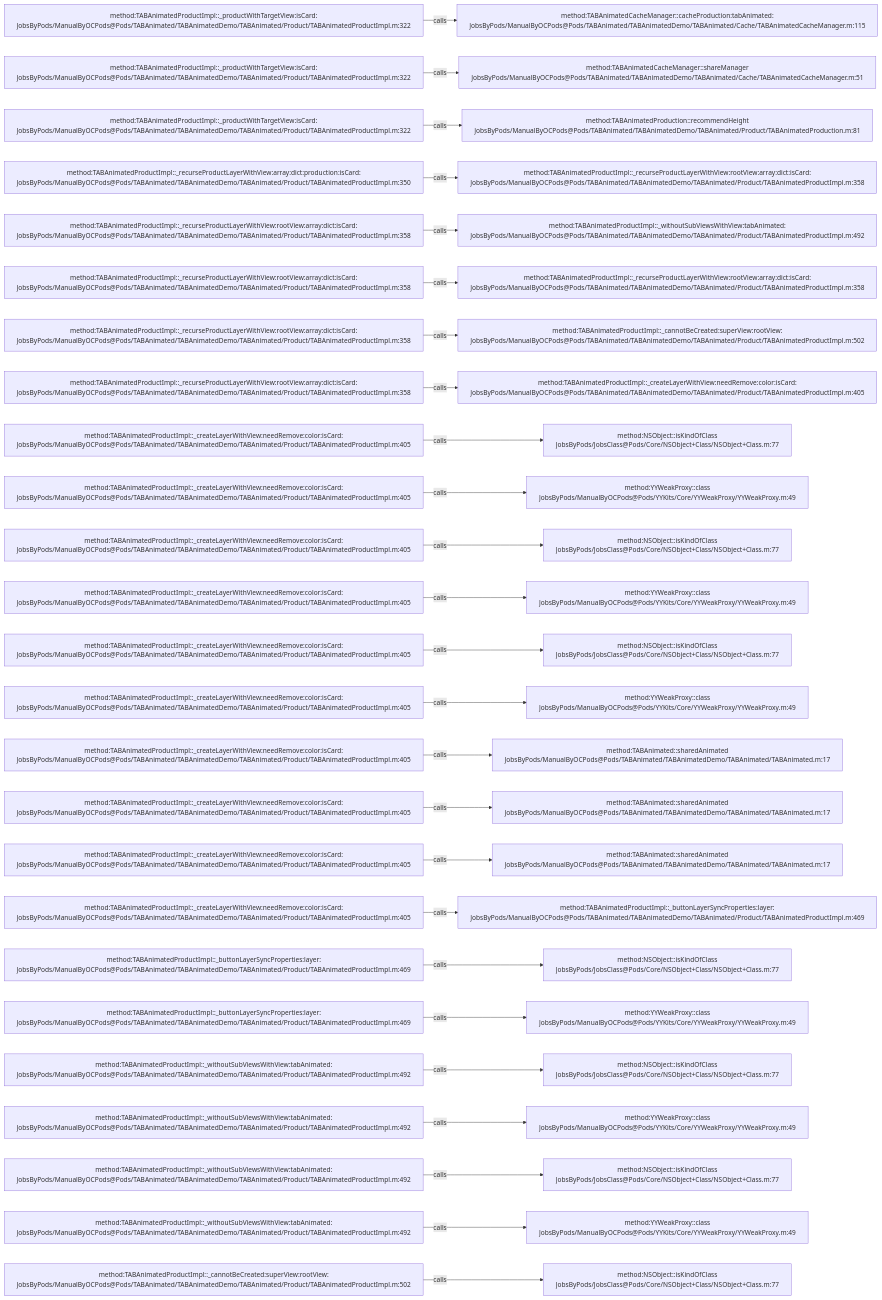
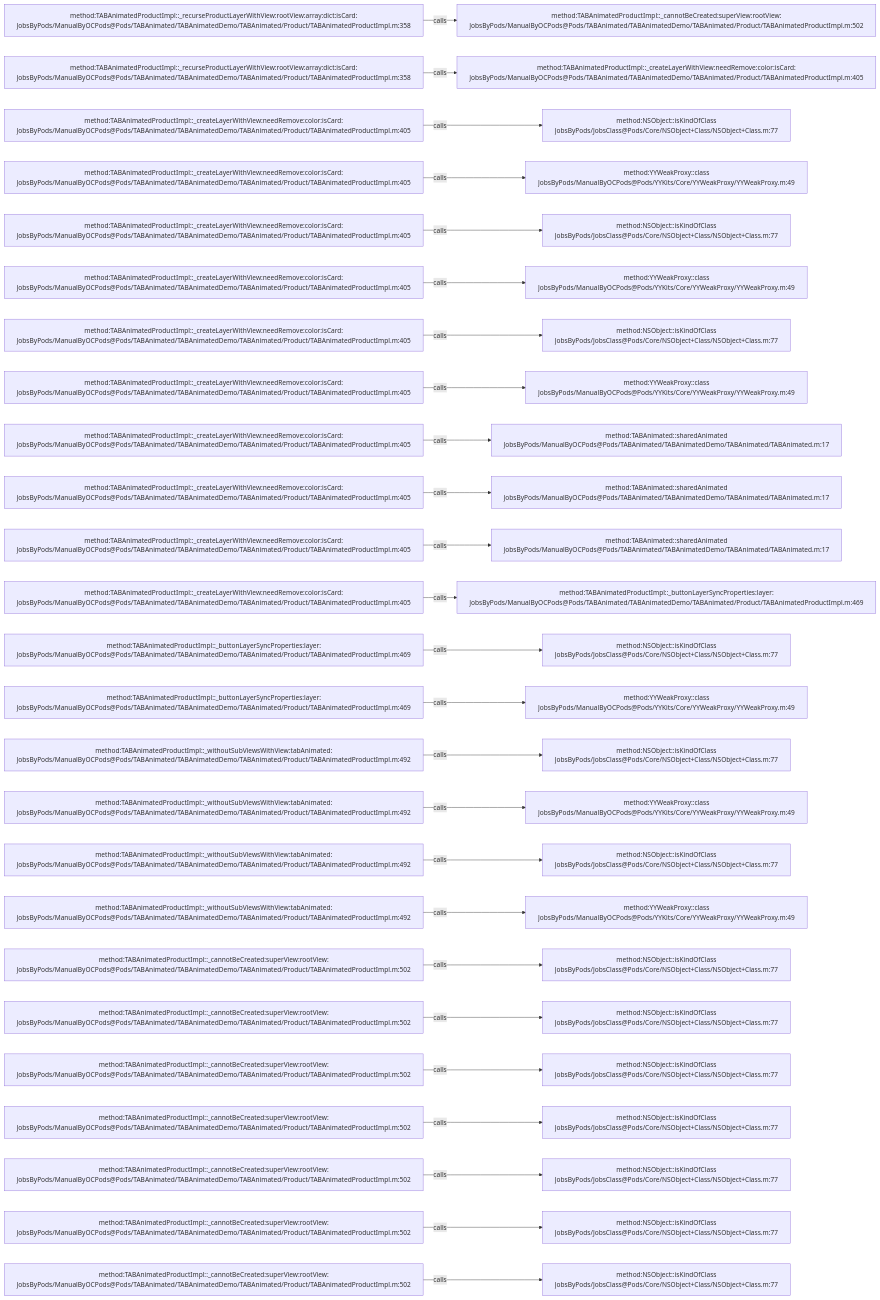
Before and after one commit to JobsKits/JobsOCBaseConfigDemo: the diagram in .codegraph/codegraph.md/graphs/calls-028.md, drawn with Mermaid. The commit also changed 666 other files, not shown here.

````diff
--- a/.codegraph/codegraph.md/graphs/calls-028.md
+++ b/.codegraph/codegraph.md/graphs/calls-028.md
@@ -13,78 +13,78 @@
 ```mermaid
 flowchart LR
-  S1["method:TABAnimatedProductImpl::_productWithTargetView:isCard:<br/>JobsByPods/ManualByOCPods@Pods/TABAnimated/TABAnimatedDemo/TABAnimated/Product/TABAnimatedProductImpl.m:322"]
-  T1["method:TABAnimatedCacheManager::cacheProduction:tabAnimated:<br/>JobsByPods/ManualByOCPods@Pods/TABAnimated/TABAnimatedDemo/TABAnimated/Cache/TABAnimatedCacheManager.m:115"]
+  S1["method:TABAnimatedProductImpl::_recurseProductLayerWithView:rootView:array:dict:isCard:<br/>JobsByPods/ManualByOCPods@Pods/TABAnimated/TABAnimatedDemo/TABAnimated/Product/TABAnimatedProductImpl.m:358"]
+  T1["method:TABAnimatedProductImpl::_cannotBeCreated:superView:rootView:<br/>JobsByPods/ManualByOCPods@Pods/TABAnimated/TABAnimatedDemo/TABAnimated/Product/TABAnimatedProductImpl.m:502"]
   S1 -->|calls| T1
-  S2["method:TABAnimatedProductImpl::_productWithTargetView:isCard:<br/>JobsByPods/ManualByOCPods@Pods/TABAnimated/TABAnimatedDemo/TABAnimated/Product/TABAnimatedProductImpl.m:322"]
-  T2["method:TABAnimatedCacheManager::shareManager<br/>JobsByPods/ManualByOCPods@Pods/TABAnimated/TABAnimatedDemo/TABAnimated/Cache/TABAnimatedCacheManager.m:51"]
+  S2["method:TABAnimatedProductImpl::_recurseProductLayerWithView:rootView:array:dict:isCard:<br/>JobsByPods/ManualByOCPods@Pods/TABAnimated/TABAnimatedDemo/TABAnimated/Product/TABAnimatedProductImpl.m:358"]
+  T2["method:TABAnimatedProductImpl::_createLayerWithView:needRemove:color:isCard:<br/>JobsByPods/ManualByOCPods@Pods/TABAnimated/TABAnimatedDemo/TABAnimated/Product/TABAnimatedProductImpl.m:405"]
   S2 -->|calls| T2
-  S3["method:TABAnimatedProductImpl::_productWithTargetView:isCard:<br/>JobsByPods/ManualByOCPods@Pods/TABAnimated/TABAnimatedDemo/TABAnimated/Product/TABAnimatedProductImpl.m:322"]
-  T3["method:TABAnimatedProduction::recommendHeight<br/>JobsByPods/ManualByOCPods@Pods/TABAnimated/TABAnimatedDemo/TABAnimated/Product/TABAnimatedProduction.m:81"]
+  S3["method:TABAnimatedProductImpl::_createLayerWithView:needRemove:color:isCard:<br/>JobsByPods/ManualByOCPods@Pods/TABAnimated/TABAnimatedDemo/TABAnimated/Product/TABAnimatedProductImpl.m:405"]
+  T3["method:NSObject::isKindOfClass<br/>JobsByPods/JobsClass@Pods/Core/NSObject+Class/NSObject+Class.m:77"]
   S3 -->|calls| T3
-  S4["method:TABAnimatedProductImpl::_recurseProductLayerWithView:array:dict:production:isCard:<br/>JobsByPods/ManualByOCPods@Pods/TABAnimated/TABAnimatedDemo/TABAnimated/Product/TABAnimatedProductImpl.m:350"]
-  T4["method:TABAnimatedProductImpl::_recurseProductLayerWithView:rootView:array:dict:isCard:<br/>JobsByPods/ManualByOCPods@Pods/TABAnimated/TABAnimatedDemo/TABAnimated/Product/TABAnimatedProductImpl.m:358"]
+  S4["method:TABAnimatedProductImpl::_createLayerWithView:needRemove:color:isCard:<br/>JobsByPods/ManualByOCPods@Pods/TABAnimated/TABAnimatedDemo/TABAnimated/Product/TABAnimatedProductImpl.m:405"]
+  T4["method:YYWeakProxy::class<br/>JobsByPods/ManualByOCPods@Pods/YYKits/Core/YYWeakProxy/YYWeakProxy.m:49"]
   S4 -->|calls| T4
-  S5["method:TABAnimatedProductImpl::_recurseProductLayerWithView:rootView:array:dict:isCard:<br/>JobsByPods/ManualByOCPods@Pods/TABAnimated/TABAnimatedDemo/TABAnimated/Product/TABAnimatedProductImpl.m:358"]
-  T5["method:TABAnimatedProductImpl::_withoutSubViewsWithView:tabAnimated:<br/>JobsByPods/ManualByOCPods@Pods/TABAnimated/TABAnimatedDemo/TABAnimated/Product/TABAnimatedProductImpl.m:492"]
+  S5["method:TABAnimatedProductImpl::_createLayerWithView:needRemove:color:isCard:<br/>JobsByPods/ManualByOCPods@Pods/TABAnimated/TABAnimatedDemo/TABAnimated/Product/TABAnimatedProductImpl.m:405"]
+  T5["method:NSObject::isKindOfClass<br/>JobsByPods/JobsClass@Pods/Core/NSObject+Class/NSObject+Class.m:77"]
   S5 -->|calls| T5
-  S6["method:TABAnimatedProductImpl::_recurseProductLayerWithView:rootView:array:dict:isCard:<br/>JobsByPods/ManualByOCPods@Pods/TABAnimated/TABAnimatedDemo/TABAnimated/Product/TABAnimatedProductImpl.m:358"]
-  T6["method:TABAnimatedProductImpl::_recurseProductLayerWithView:rootView:array:dict:isCard:<br/>JobsByPods/ManualByOCPods@Pods/TABAnimated/TABAnimatedDemo/TABAnimated/Product/TABAnimatedProductImpl.m:358"]
+  S6["method:TABAnimatedProductImpl::_createLayerWithView:needRemove:color:isCard:<br/>JobsByPods/ManualByOCPods@Pods/TABAnimated/TABAnimatedDemo/TABAnimated/Product/TABAnimatedProductImpl.m:405"]
+  T6["method:YYWeakProxy::class<br/>JobsByPods/ManualByOCPods@Pods/YYKits/Core/YYWeakProxy/YYWeakProxy.m:49"]
   S6 -->|calls| T6
-  S7["method:TABAnimatedProductImpl::_recurseProductLayerWithView:rootView:array:dict:isCard:<br/>JobsByPods/ManualByOCPods@Pods/TABAnimated/TABAnimatedDemo/TABAnimated/Product/TABAnimatedProductImpl.m:358"]
-  T7["method:TABAnimatedProductImpl::_cannotBeCreated:superView:rootView:<br/>JobsByPods/ManualByOCPods@Pods/TABAnimated/TABAnimatedDemo/TABAnimated/Product/TABAnimatedProductImpl.m:502"]
+  S7["method:TABAnimatedProductImpl::_createLayerWithView:needRemove:color:isCard:<br/>JobsByPods/ManualByOCPods@Pods/TABAnimated/TABAnimatedDemo/TABAnimated/Product/TABAnimatedProductImpl.m:405"]
+  T7["method:NSObject::isKindOfClass<br/>JobsByPods/JobsClass@Pods/Core/NSObject+Class/NSObject+Class.m:77"]
   S7 -->|calls| T7
-  S8["method:TABAnimatedProductImpl::_recurseProductLayerWithView:rootView:array:dict:isCard:<br/>JobsByPods/ManualByOCPods@Pods/TABAnimated/TABAnimatedDemo/TABAnimated/Product/TABAnimatedProductImpl.m:358"]
-  T8["method:TABAnimatedProductImpl::_createLayerWithView:needRemove:color:isCard:<br/>JobsByPods/ManualByOCPods@Pods/TABAnimated/TABAnimatedDemo/TABAnimated/Product/TABAnimatedProductImpl.m:405"]
+  S8["method:TABAnimatedProductImpl::_createLayerWithView:needRemove:color:isCard:<br/>JobsByPods/ManualByOCPods@Pods/TABAnimated/TABAnimatedDemo/TABAnimated/Product/TABAnimatedProductImpl.m:405"]
+  T8["method:YYWeakProxy::class<br/>JobsByPods/ManualByOCPods@Pods/YYKits/Core/YYWeakProxy/YYWeakProxy.m:49"]
   S8 -->|calls| T8
   S9["method:TABAnimatedProductImpl::_createLayerWithView:needRemove:color:isCard:<br/>JobsByPods/ManualByOCPods@Pods/TABAnimated/TABAnimatedDemo/TABAnimated/Product/TABAnimatedProductImpl.m:405"]
-  T9["method:NSObject::isKindOfClass<br/>JobsByPods/JobsClass@Pods/Core/NSObject+Class/NSObject+Class.m:77"]
+  T9["method:TABAnimated::sharedAnimated<br/>JobsByPods/ManualByOCPods@Pods/TABAnimated/TABAnimatedDemo/TABAnimated/TABAnimated.m:17"]
   S9 -->|calls| T9
   S10["method:TABAnimatedProductImpl::_createLayerWithView:needRemove:color:isCard:<br/>JobsByPods/ManualByOCPods@Pods/TABAnimated/TABAnimatedDemo/TABAnimated/Product/TABAnimatedProductImpl.m:405"]
-  T10["method:YYWeakProxy::class<br/>JobsByPods/ManualByOCPods@Pods/YYKits/Core/YYWeakProxy/YYWeakProxy.m:49"]
+  T10["method:TABAnimated::sharedAnimated<br/>JobsByPods/ManualByOCPods@Pods/TABAnimated/TABAnimatedDemo/TABAnimated/TABAnimated.m:17"]
   S10 -->|calls| T10
   S11["method:TABAnimatedProductImpl::_createLayerWithView:needRemove:color:isCard:<br/>JobsByPods/ManualByOCPods@Pods/TABAnimated/TABAnimatedDemo/TABAnimated/Product/TABAnimatedProductImpl.m:405"]
-  T11["method:NSObject::isKindOfClass<br/>JobsByPods/JobsClass@Pods/Core/NSObject+Class/NSObject+Class.m:77"]
+  T11["method:TABAnimated::sharedAnimated<br/>JobsByPods/ManualByOCPods@Pods/TABAnimated/TABAnimatedDemo/TABAnimated/TABAnimated.m:17"]
   S11 -->|calls| T11
   S12["method:TABAnimatedProductImpl::_createLayerWithView:needRemove:color:isCard:<br/>JobsByPods/ManualByOCPods@Pods/TABAnimated/TABAnimatedDemo/TABAnimated/Product/TABAnimatedProductImpl.m:405"]
-  T12["method:YYWeakProxy::class<br/>JobsByPods/ManualByOCPods@Pods/YYKits/Core/YYWeakProxy/YYWeakProxy.m:49"]
+  T12["method:TABAnimatedProductImpl::_buttonLayerSyncProperties:layer:<br/>JobsByPods/ManualByOCPods@Pods/TABAnimated/TABAnimatedDemo/TABAnimated/Product/TABAnimatedProductImpl.m:469"]
   S12 -->|calls| T12
-  S13["method:TABAnimatedProductImpl::_createLayerWithView:needRemove:color:isCard:<br/>JobsByPods/ManualByOCPods@Pods/TABAnimated/TABAnimatedDemo/TABAnimated/Product/TABAnimatedProductImpl.m:405"]
+  S13["method:TABAnimatedProductImpl::_buttonLayerSyncProperties:layer:<br/>JobsByPods/ManualByOCPods@Pods/TABAnimated/TABAnimatedDemo/TABAnimated/Product/TABAnimatedProductImpl.m:469"]
   T13["method:NSObject::isKindOfClass<br/>JobsByPods/JobsClass@Pods/Core/NSObject+Class/NSObject+Class.m:77"]
   S13 -->|calls| T13
-  S14["method:TABAnimatedProductImpl::_createLayerWithView:needRemove:color:isCard:<br/>JobsByPods/ManualByOCPods@Pods/TABAnimated/TABAnimatedDemo/TABAnimated/Product/TABAnimatedProductImpl.m:405"]
+  S14["method:TABAnimatedProductImpl::_buttonLayerSyncProperties:layer:<br/>JobsByPods/ManualByOCPods@Pods/TABAnimated/TABAnimatedDemo/TABAnimated/Product/TABAnimatedProductImpl.m:469"]
   T14["method:YYWeakProxy::class<br/>JobsByPods/ManualByOCPods@Pods/YYKits/Core/YYWeakProxy/YYWeakProxy.m:49"]
   S14 -->|calls| T14
-  S15["method:TABAnimatedProductImpl::_createLayerWithView:needRemove:color:isCard:<br/>JobsByPods/ManualByOCPods@Pods/TABAnimated/TABAnimatedDemo/TABAnimated/Product/TABAnimatedProductImpl.m:405"]
-  T15["method:TABAnimated::sharedAnimated<br/>JobsByPods/ManualByOCPods@Pods/TABAnimated/TABAnimatedDemo/TABAnimated/TABAnimated.m:17"]
+  S15["method:TABAnimatedProductImpl::_withoutSubViewsWithView:tabAnimated:<br/>JobsByPods/ManualByOCPods@Pods/TABAnimated/TABAnimatedDemo/TABAnimated/Product/TABAnimatedProductImpl.m:492"]
+  T15["method:NSObject::isKindOfClass<br/>JobsByPods/JobsClass@Pods/Core/NSObject+Class/NSObject+Class.m:77"]
   S15 -->|calls| T15
-  S16["method:TABAnimatedProductImpl::_createLayerWithView:needRemove:color:isCard:<br/>JobsByPods/ManualByOCPods@Pods/TABAnimated/TABAnimatedDemo/TABAnimated/Product/TABAnimatedProductImpl.m:405"]
-  T16["method:TABAnimated::sharedAnimated<br/>JobsByPods/ManualByOCPods@Pods/TABAnimated/TABAnimatedDemo/TABAnimated/TABAnimated.m:17"]
+  S16["method:TABAnimatedProductImpl::_withoutSubViewsWithView:tabAnimated:<br/>JobsByPods/ManualByOCPods@Pods/TABAnimated/TABAnimatedDemo/TABAnimated/Product/TABAnimatedProductImpl.m:492"]
+  T16["method:YYWeakProxy::class<br/>JobsByPods/ManualByOCPods@Pods/YYKits/Core/YYWeakProxy/YYWeakProxy.m:49"]
   S16 -->|calls| T16
-  S17["method:TABAnimatedProductImpl::_createLayerWithView:needRemove:color:isCard:<br/>JobsByPods/ManualByOCPods@Pods/TABAnimated/TABAnimatedDemo/TABAnimated/Product/TABAnimatedProductImpl.m:405"]
-  T17["method:TABAnimated::sharedAnimated<br/>JobsByPods/ManualByOCPods@Pods/TABAnimated/TABAnimatedDemo/TABAnimated/TABAnimated.m:17"]
+  S17["method:TABAnimatedProductImpl::_withoutSubViewsWithView:tabAnimated:<br/>JobsByPods/ManualByOCPods@Pods/TABAnimated/TABAnimatedDemo/TABAnimated/Product/TABAnimatedProductImpl.m:492"]
+  T17["method:NSObject::isKindOfClass<br/>JobsByPods/JobsClass@Pods/Core/NSObject+Class/NSObject+Class.m:77"]
   S17 -->|calls| T17
-  S18["method:TABAnimatedProductImpl::_createLayerWithView:needRemove:color:isCard:<br/>JobsByPods/ManualByOCPods@Pods/TABAnimated/TABAnimatedDemo/TABAnimated/Product/TABAnimatedProductImpl.m:405"]
-  T18["method:TABAnimatedProductImpl::_buttonLayerSyncProperties:layer:<br/>JobsByPods/ManualByOCPods@Pods/TABAnimated/TABAnimatedDemo/TABAnimated/Product/TABAnimatedProductImpl.m:469"]
+  S18["method:TABAnimatedProductImpl::_withoutSubViewsWithView:tabAnimated:<br/>JobsByPods/ManualByOCPods@Pods/TABAnimated/TABAnimatedDemo/TABAnimated/Product/TABAnimatedProductImpl.m:492"]
+  T18["method:YYWeakProxy::class<br/>JobsByPods/ManualByOCPods@Pods/YYKits/Core/YYWeakProxy/YYWeakProxy.m:49"]
   S18 -->|calls| T18
-  S19["method:TABAnimatedProductImpl::_buttonLayerSyncProperties:layer:<br/>JobsByPods/ManualByOCPods@Pods/TABAnimated/TABAnimatedDemo/TABAnimated/Product/TABAnimatedProductImpl.m:469"]
+  S19["method:TABAnimatedProductImpl::_cannotBeCreated:superView:rootView:<br/>JobsByPods/ManualByOCPods@Pods/TABAnimated/TABAnimatedDemo/TABAnimated/Product/TABAnimatedProductImpl.m:502"]
   T19["method:NSObject::isKindOfClass<br/>JobsByPods/JobsClass@Pods/Core/NSObject+Class/NSObject+Class.m:77"]
   S19 -->|calls| T19
-  S20["method:TABAnimatedProductImpl::_buttonLayerSyncProperties:layer:<br/>JobsByPods/ManualByOCPods@Pods/TABAnimated/TABAnimatedDemo/TABAnimated/Product/TABAnimatedProductImpl.m:469"]
-  T20["method:YYWeakProxy::class<br/>JobsByPods/ManualByOCPods@Pods/YYKits/Core/YYWeakProxy/YYWeakProxy.m:49"]
+  S20["method:TABAnimatedProductImpl::_cannotBeCreated:superView:rootView:<br/>JobsByPods/ManualByOCPods@Pods/TABAnimated/TABAnimatedDemo/TABAnimated/Product/TABAnimatedProductImpl.m:502"]
+  T20["method:NSObject::isKindOfClass<br/>JobsByPods/JobsClass@Pods/Core/NSObject+Class/NSObject+Class.m:77"]
   S20 -->|calls| T20
-  S21["method:TABAnimatedProductImpl::_withoutSubViewsWithView:tabAnimated:<br/>JobsByPods/ManualByOCPods@Pods/TABAnimated/TABAnimatedDemo/TABAnimated/Product/TABAnimatedProductImpl.m:492"]
+  S21["method:TABAnimatedProductImpl::_cannotBeCreated:superView:rootView:<br/>JobsByPods/ManualByOCPods@Pods/TABAnimated/TABAnimatedDemo/TABAnimated/Product/TABAnimatedProductImpl.m:502"]
   T21["method:NSObject::isKindOfClass<br/>JobsByPods/JobsClass@Pods/Core/NSObject+Class/NSObject+Class.m:77"]
   S21 -->|calls| T21
-  S22["method:TABAnimatedProductImpl::_withoutSubViewsWithView:tabAnimated:<br/>JobsByPods/ManualByOCPods@Pods/TABAnimated/TABAnimatedDemo/TABAnimated/Product/TABAnimatedProductImpl.m:492"]
-  T22["method:YYWeakProxy::class<br/>JobsByPods/ManualByOCPods@Pods/YYKits/Core/YYWeakProxy/YYWeakProxy.m:49"]
+  S22["method:TABAnimatedProductImpl::_cannotBeCreated:superView:rootView:<br/>JobsByPods/ManualByOCPods@Pods/TABAnimated/TABAnimatedDemo/TABAnimated/Product/TABAnimatedProductImpl.m:502"]
+  T22["method:NSObject::isKindOfClass<br/>JobsByPods/JobsClass@Pods/Core/NSObject+Class/NSObject+Class.m:77"]
   S22 -->|calls| T22
-  S23["method:TABAnimatedProductImpl::_withoutSubViewsWithView:tabAnimated:<br/>JobsByPods/ManualByOCPods@Pods/TABAnimated/TABAnimatedDemo/TABAnimated/Product/TABAnimatedProductImpl.m:492"]
+  S23["method:TABAnimatedProductImpl::_cannotBeCreated:superView:rootView:<br/>JobsByPods/ManualByOCPods@Pods/TABAnimated/TABAnimatedDemo/TABAnimated/Product/TABAnimatedProductImpl.m:502"]
   T23["method:NSObject::isKindOfClass<br/>JobsByPods/JobsClass@Pods/Core/NSObject+Class/NSObject+Class.m:77"]
   S23 -->|calls| T23
-  S24["method:TABAnimatedProductImpl::_withoutSubViewsWithView:tabAnimated:<br/>JobsByPods/ManualByOCPods@Pods/TABAnimated/TABAnimatedDemo/TABAnimated/Product/TABAnimatedProductImpl.m:492"]
-  T24["method:YYWeakProxy::class<br/>JobsByPods/ManualByOCPods@Pods/YYKits/Core/YYWeakProxy/YYWeakProxy.m:49"]
+  S24["method:TABAnimatedProductImpl::_cannotBeCreated:superView:rootView:<br/>JobsByPods/ManualByOCPods@Pods/TABAnimated/TABAnimatedDemo/TABAnimated/Product/TABAnimatedProductImpl.m:502"]
+  T24["method:NSObject::isKindOfClass<br/>JobsByPods/JobsClass@Pods/Core/NSObject+Class/NSObject+Class.m:77"]
   S24 -->|calls| T24
   S25["method:TABAnimatedProductImpl::_cannotBeCreated:superView:rootView:<br/>JobsByPods/ManualByOCPods@Pods/TABAnimated/TABAnimatedDemo/TABAnimated/Product/TABAnimatedProductImpl.m:502"]
   T25["method:NSObject::isKindOfClass<br/>JobsByPods/JobsClass@Pods/Core/NSObject+Class/NSObject+Class.m:77"]
   S25 -->|calls| T25
 ```
````
